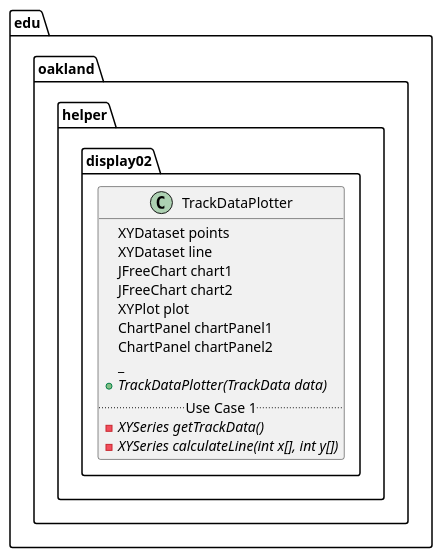
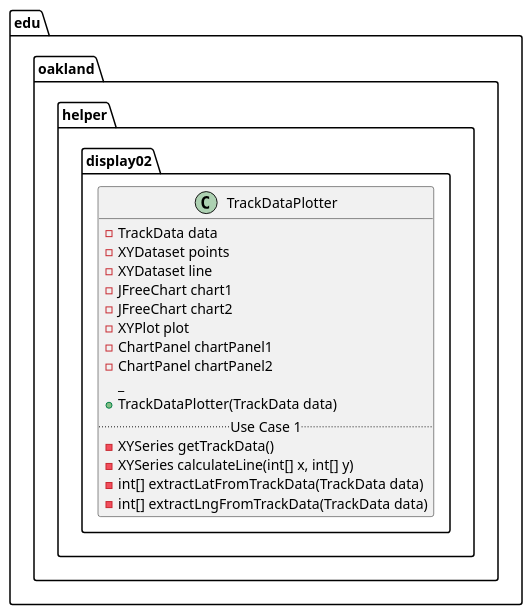
One commit to andrewdimmer/csi-3370-software-project changed the diagram in docs/uml-class-diagrams/display02/helper/TrackDataPlotter/TrackDataPlotter.puml. Above: the diagram before and after it, drawn with PlantUML.

Commit message:
[Display_02] Update TrackDataPlotter UML with a few more helpers

```diff
--- a/docs/uml-class-diagrams/display02/helper/TrackDataPlotter/TrackDataPlotter.puml
+++ b/docs/uml-class-diagrams/display02/helper/TrackDataPlotter/TrackDataPlotter.puml
@@ -1,20 +1,23 @@
 @startuml TrackDataPlotter
 
 package edu.oakland.helper.display02 {
     class TrackDataPlotter {
-    XYDataset points
-    XYDataset line
-    JFreeChart chart1
-    JFreeChart chart2
-    XYPlot plot
-    ChartPanel chartPanel1
-    ChartPanel chartPanel2
-    _
-    {abstract} + TrackDataPlotter(TrackData data)
-    .. Use Case 1 ..
-    {abstract} - XYSeries getTrackData()
-    {abstract} - XYSeries calculateLine(int x[], int y[])
+        - TrackData data
+        - XYDataset points
+        - XYDataset line
+        - JFreeChart chart1
+        - JFreeChart chart2
+        - XYPlot plot
+        - ChartPanel chartPanel1
+        - ChartPanel chartPanel2
+        _
+        + TrackDataPlotter(TrackData data)
+        .. Use Case 1 ..
+        - XYSeries getTrackData()
+        - XYSeries calculateLine(int[] x, int[] y)
+        - int[] extractLatFromTrackData(TrackData data)
+        - int[] extractLngFromTrackData(TrackData data)
     }
 }
 
 @enduml
```
